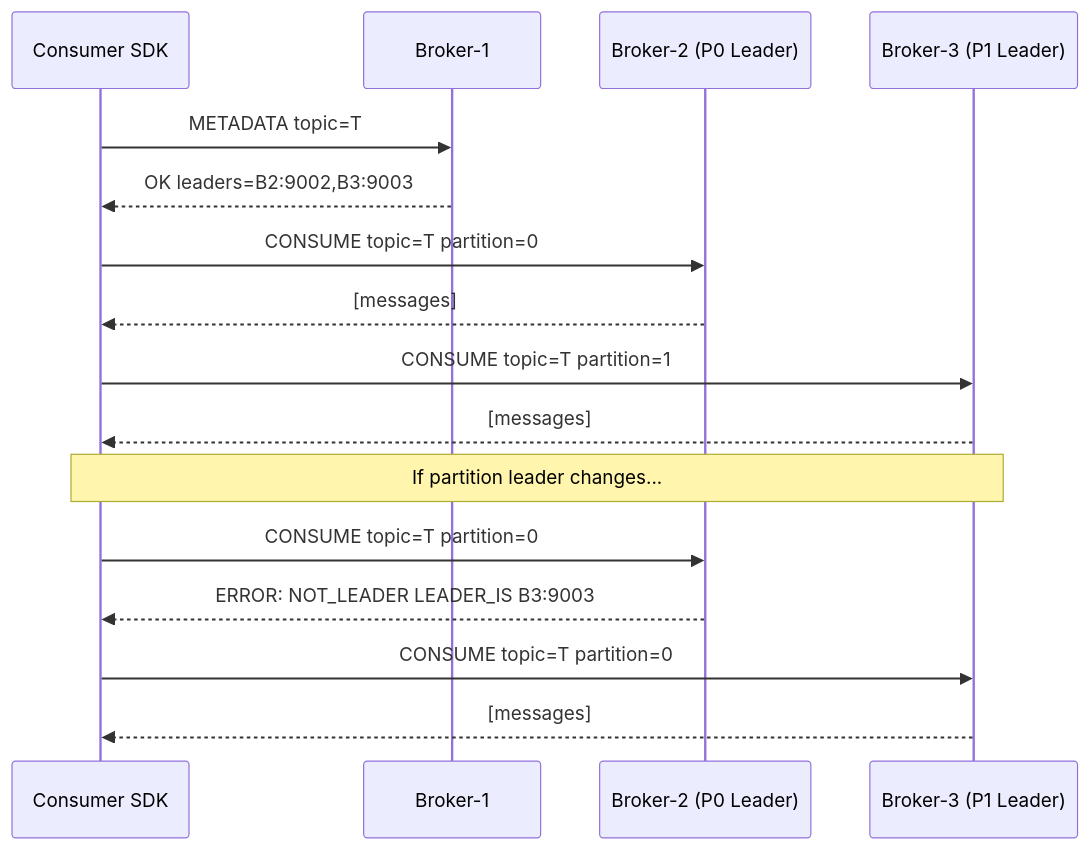
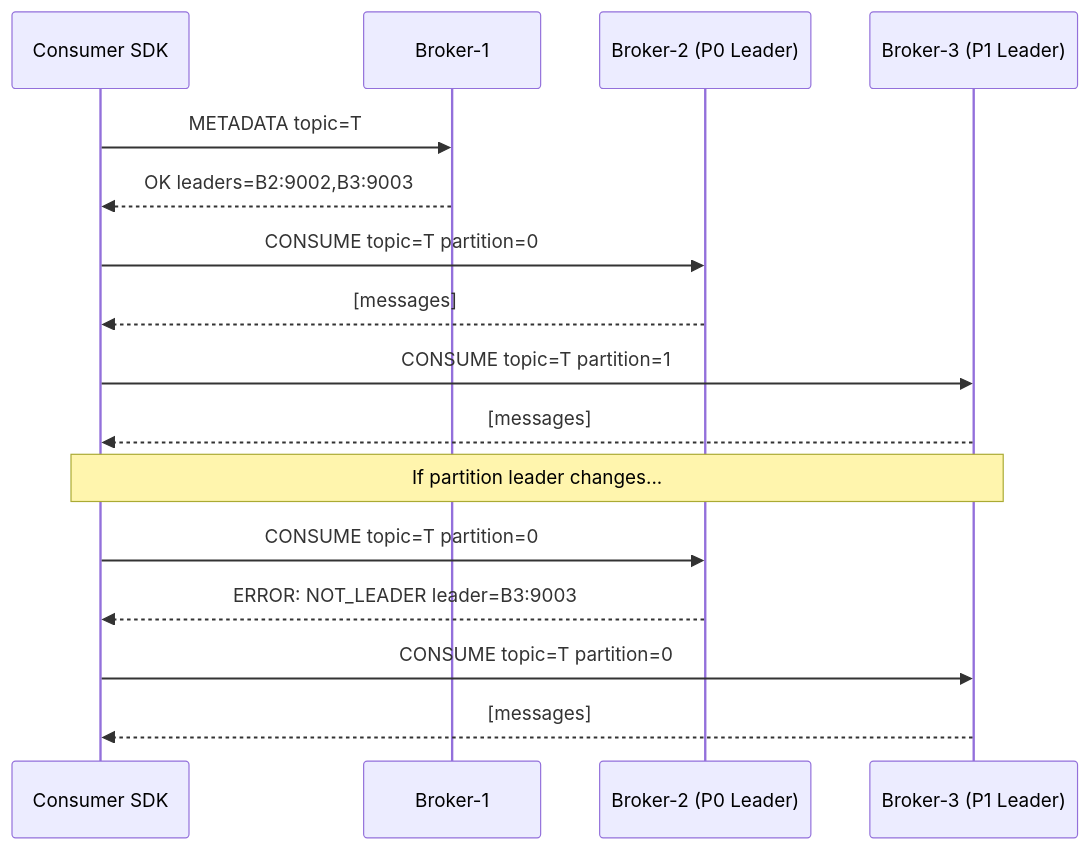
One commit to cursus-io/cursus changed the seventh of 8 diagrams in docs/architecture.md. Above: the diagram before and after it, drawn with Mermaid. The commit also changed other lines of this file and 337 other files, not shown here.

````diff
--- a/docs/architecture.md
+++ b/docs/architecture.md
@@ -271,22 +271,22 @@
 ```mermaid
 sequenceDiagram
     participant C as Consumer SDK
     participant B1 as Broker-1
     participant B2 as Broker-2 (P0 Leader)
     participant B3 as Broker-3 (P1 Leader)
 
     C->>B1: METADATA topic=T
     B1-->>C: OK leaders=B2:9002,B3:9003
 
     C->>B2: CONSUME topic=T partition=0
     B2-->>C: [messages]
 
     C->>B3: CONSUME topic=T partition=1
     B3-->>C: [messages]
 
     Note over C,B3: If partition leader changes...
     C->>B2: CONSUME topic=T partition=0
-    B2-->>C: ERROR: NOT_LEADER LEADER_IS B3:9003
+    B2-->>C: ERROR: NOT_LEADER leader=B3:9003
     C->>B3: CONSUME topic=T partition=0
     B3-->>C: [messages]
 ```
````
